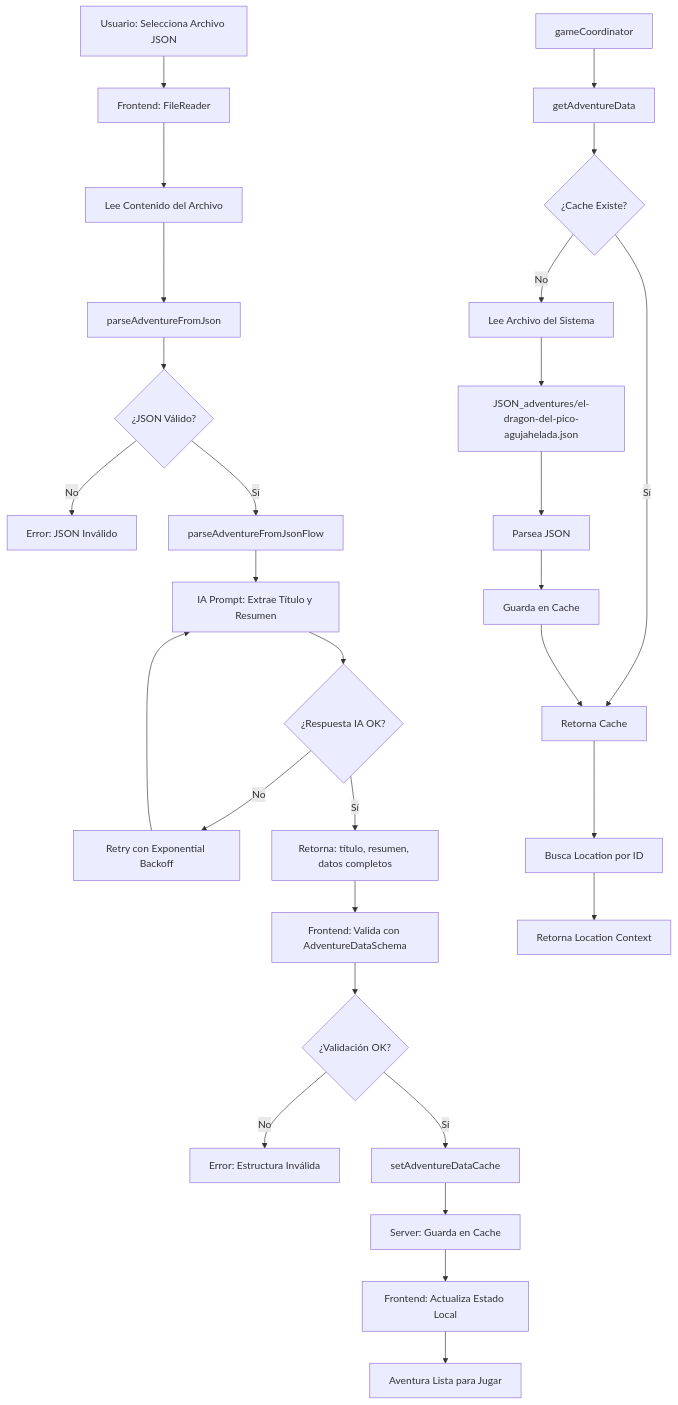
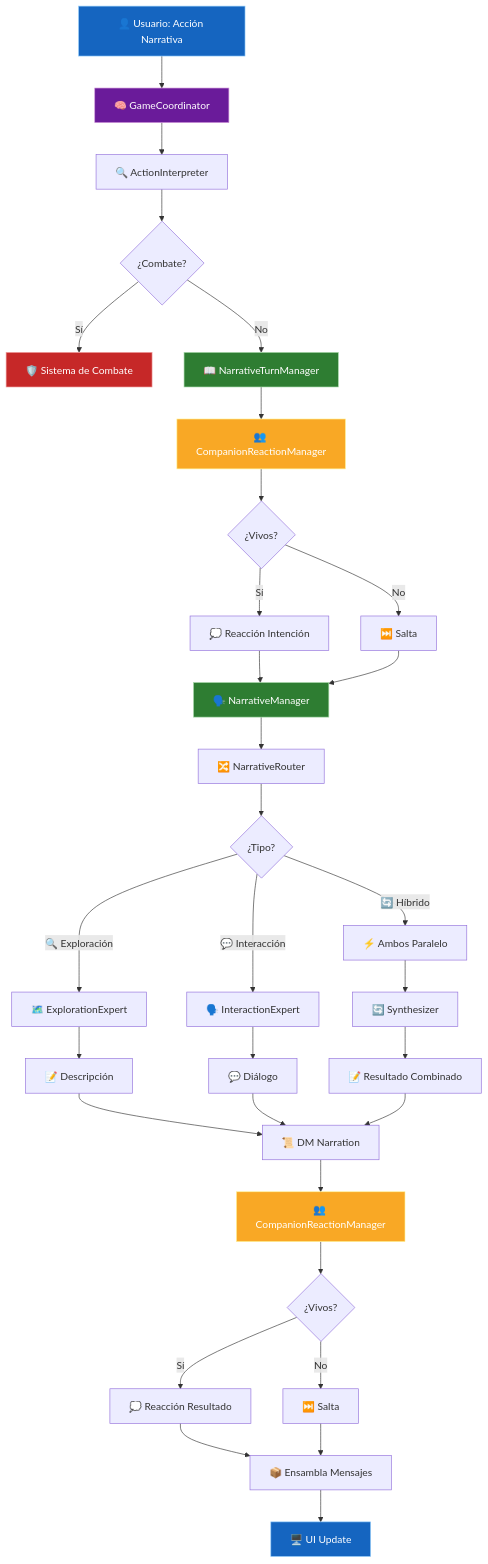
Before and after one commit to gaellendoiro-droid/DnD-Adventures-AI: the fourth of 6 diagrams in docs/arquitectura/vision-general.md, drawn with Mermaid. The commit also changed other lines of this file and 5 other files, not shown here.

````diff
--- a/docs/arquitectura/vision-general.md
+++ b/docs/arquitectura/vision-general.md
@@ -202,36 +235,56 @@
 ```mermaid
 graph TD
-    A[Usuario: Selecciona Archivo JSON] --> B[Frontend: FileReader]
-    B --> C[Lee Contenido del Archivo]
-    C --> D[parseAdventureFromJson]
+    A["👤 Usuario: Acción Narrativa"] --> B["🧠 GameCoordinator"]
+    B --> C["🔍 ActionInterpreter"]
+    C --> D{¿Combate?}
     
-    D --> E{¿JSON Válido?}
-    E -->|No| F[Error: JSON Inválido]
-    E -->|Sí| G[parseAdventureFromJsonFlow]
+    D -->|Sí| F["🛡️ Sistema de Combate"]
+    D -->|No| E["📖 NarrativeTurnManager"]
     
-    G --> H[IA Prompt: Extrae Título y Resumen]
-    H --> I{¿Respuesta IA OK?}
-    I -->|No| J[Retry con Exponential Backoff]
-    J --> H
-    I -->|Sí| K[Retorna: título, resumen, datos completos]
+    E --> G["👥 CompanionReactionManager"]
+    G --> H{¿Vivos?}
+    H -->|No| J["⏭️ Salta"]
+    H -->|Sí| I["💭 Reacción Intención"]
     
-    K --> L[Frontend: Valida con AdventureDataSchema]
-    L --> M{¿Validación OK?}
-    M -->|No| N[Error: Estructura Inválida]
-    M -->|Sí| O[setAdventureDataCache]
+    I --> K["🗣️ NarrativeManager"]
+    J --> K
     
-    O --> P[Server: Guarda en Cache]
-    P --> Q[Frontend: Actualiza Estado Local]
-    Q --> R[Aventura Lista para Jugar]
+    K --> L["🔀 NarrativeRouter"]
+    L --> M{¿Tipo?}
     
-    S[gameCoordinator] --> T[getAdventureData]
-    T --> U{¿Cache Existe?}
-    U -->|Sí| V[Retorna Cache]
-    U -->|No| W[Lee Archivo del Sistema]
-    W --> X[JSON_adventures/el-dragon-del-pico-agujahelada.json]
-    X --> Y[Parsea JSON]
-    Y --> Z[Guarda en Cache]
-    Z --> V
-    V --> AA[Busca Location por ID]
-    AA --> AB[Retorna Location Context]
+    M -->|🔍 Exploración| N["🗺️ ExplorationExpert"]
+    M -->|💬 Interacción| O["🗣️ InteractionExpert"]
+    M -->|🔄 Híbrido| P["⚡ Ambos Paralelo"]
+    
+    N --> Q["📝 Descripción"]
+    O --> R["💬 Diálogo"]
+    
+    P --> S["🔄 Synthesizer"]
+    S --> T["📝 Resultado Combinado"]
+    
+    Q --> U["📜 DM Narration"]
+    R --> U
+    T --> U
+    
+    U --> V["👥 CompanionReactionManager"]
+    V --> W{¿Vivos?}
+    W -->|No| Y["⏭️ Salta"]
+    W -->|Sí| X["💭 Reacción Resultado"]
+    
+    X --> Z["📦 Ensambla Mensajes"]
+    Y --> Z
+    Z --> AA["🖥️ UI Update"]
+    
+    %% Estilos Dark Mode
+    style A fill:#1565c0,stroke:#90caf9,color:#fff
+    style AA fill:#1565c0,stroke:#90caf9,color:#fff
+    
+    style B fill:#6a1b9a,stroke:#ce93d8,color:#fff
+    style E fill:#2e7d32,stroke:#a5d6a7,color:#fff
+    style K fill:#2e7d32,stroke:#a5d6a7,color:#fff
+    
+    style G fill:#f9a825,stroke:#fff59d,color:#fff
+    style V fill:#f9a825,stroke:#fff59d,color:#fff
+    
+    style F fill:#c62828,stroke:#ef9a9a,color:#fff
 ```
````
